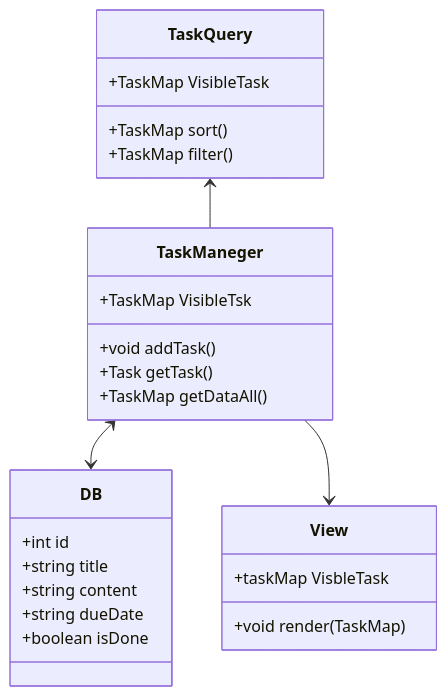
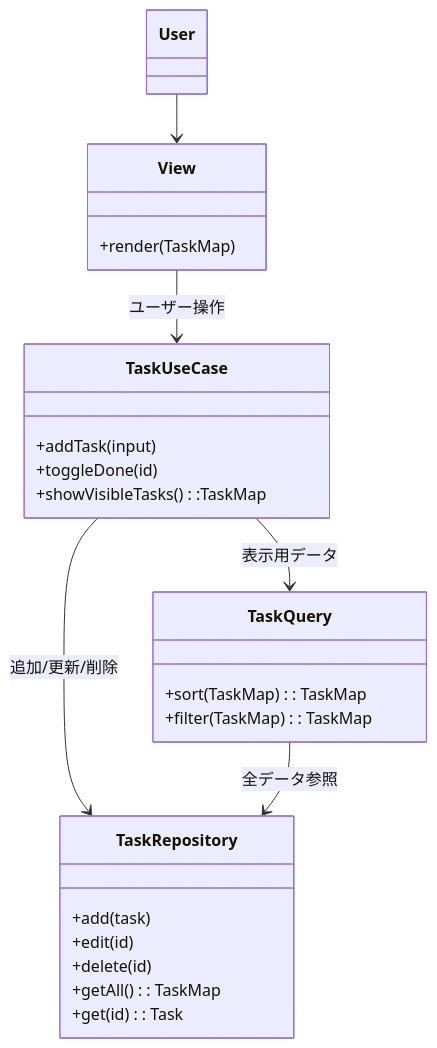
One commit to User665-svg/todo-app changed the diagram in test.md. Above: the diagram before and after it, drawn with Mermaid. The commit also changed 2 other files, not shown here.

Commit message:
visible class 委譲

```diff
--- a/test.md
+++ b/test.md
@@ -1,28 +1,32 @@
 ::: mermaid
-    classDiagram
-    TaskManeger <--> DB
-    TaskQuery <-- TaskManeger
-    TaskManeger --> View
-    class TaskQuery{
-        +TaskMap sort()
-        +TaskMap filter()
-        +TaskMap VisibleTask
-    }
-    class View{
-        +taskMap VisbleTask
-        +void render(TaskMap)
-    }
-    class TaskManeger{
-        +void addTask()
-        +Task getTask()
-        +TaskMap getDataAll()
-        +TaskMap VisibleTsk
-    }
-    class DB{
-        +int id
-        +string title
-        +string content
-        +string dueDate
-        +boolean isDone
-    }
+classDiagram
+User --> View
+View --> TaskUseCase : ユーザー操作
+TaskUseCase --> TaskRepository :追加/更新/削除
+TaskUseCase --> TaskQuery :表示用データ
+TaskQuery --> TaskRepository :全データ参照
+
+class TaskRepository{
+  +add(task)
+  +edit(id)
+  +delete(id)
+  +getAll(): TaskMap
+  +get(id): Task
+}
+
+class TaskQuery{
+  +sort(TaskMap): TaskMap
+  +filter(TaskMap): TaskMap
+}
+
+class TaskUseCase{
+  +addTask(input)
+  +toggleDone(id)
+  +showVisibleTasks():TaskMap
+}
+
+class View{
+  +render(TaskMap)
+}
+
 :::
```
